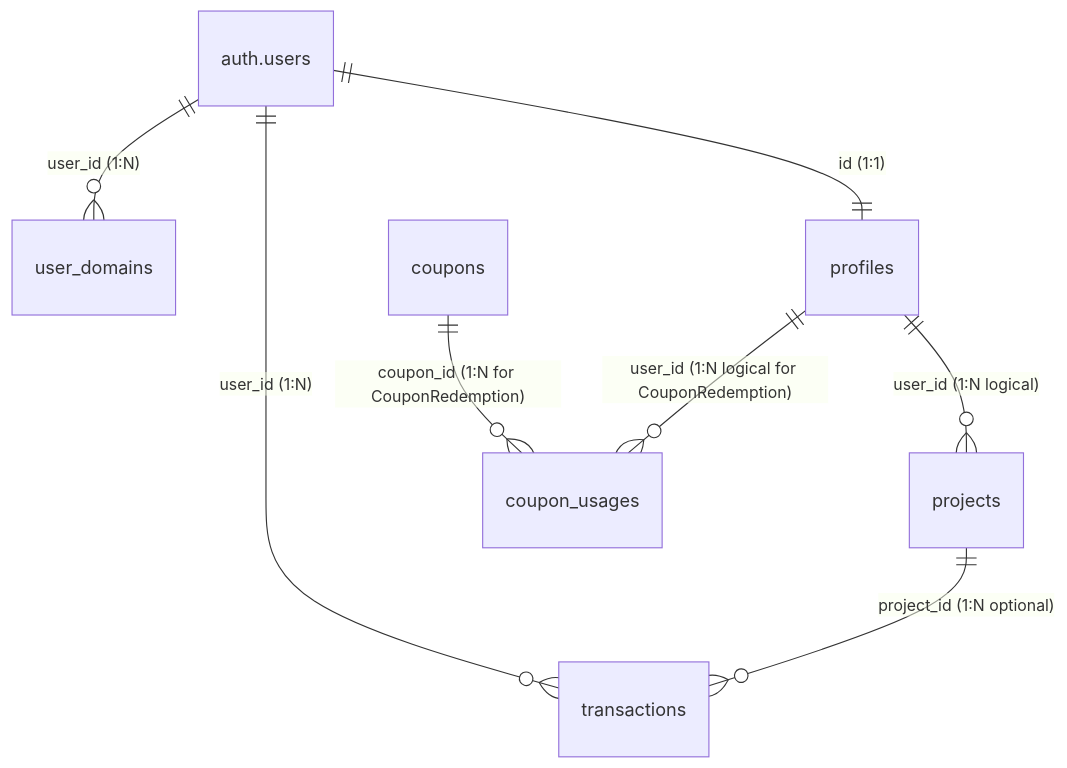
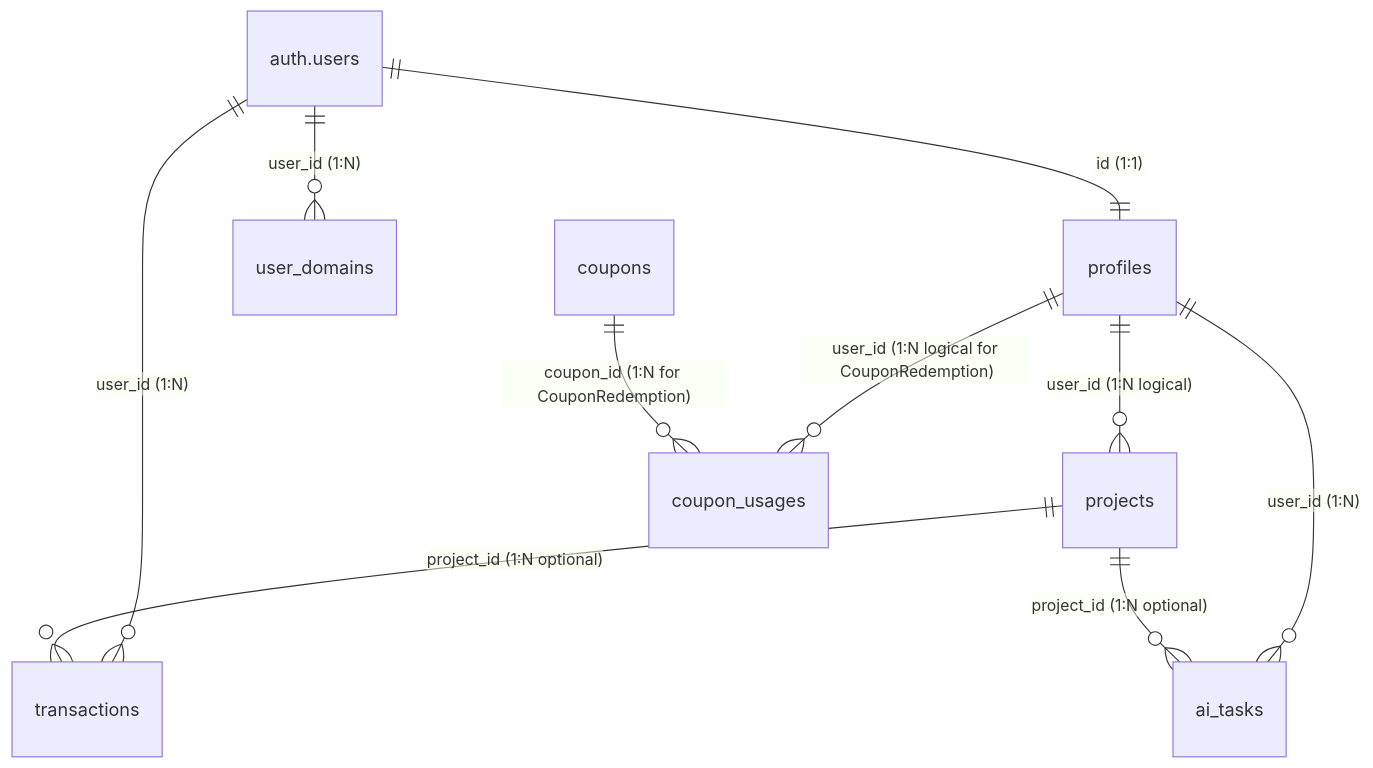
One commit to wuzzkang/engineering changed the first of 2 diagrams in wuzzkang-engineering/docs/09_DATABASE_ARCHITECTURE.md. Above: the diagram before and after it, drawn with Mermaid. The commit also changed other lines of this file and 13 other files, not shown here.

````diff
--- a/wuzzkang-engineering/docs/09_DATABASE_ARCHITECTURE.md
+++ b/wuzzkang-engineering/docs/09_DATABASE_ARCHITECTURE.md
@@ -670,10 +731,12 @@
 ```mermaid
 erDiagram
     "auth.users" ||--|| profiles : "id (1:1)"
     "auth.users" ||--o{ transactions : "user_id (1:N)"
     "auth.users" ||--o{ user_domains : "user_id (1:N)"
     profiles ||--o{ projects : "user_id (1:N logical)"
     profiles ||--o{ coupon_usages : "user_id (1:N logical for CouponRedemption)"
+    profiles ||--o{ ai_tasks : "user_id (1:N)"
     projects ||--o{ transactions : "project_id (1:N optional)"
+    projects ||--o{ ai_tasks : "project_id (1:N optional)"
     coupons ||--o{ coupon_usages : "coupon_id (1:N for CouponRedemption)"
 ```
````
